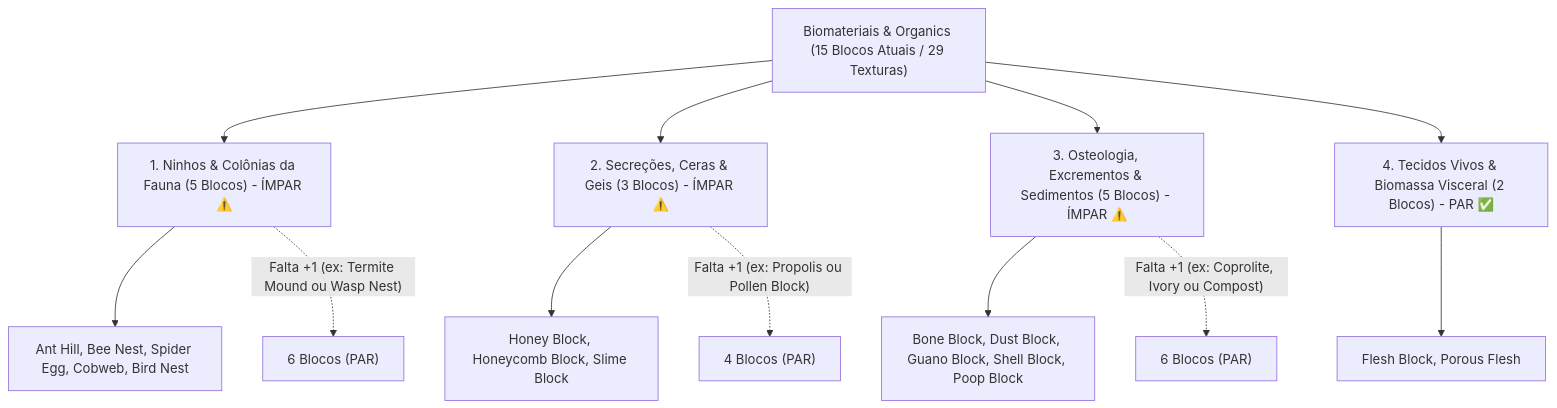
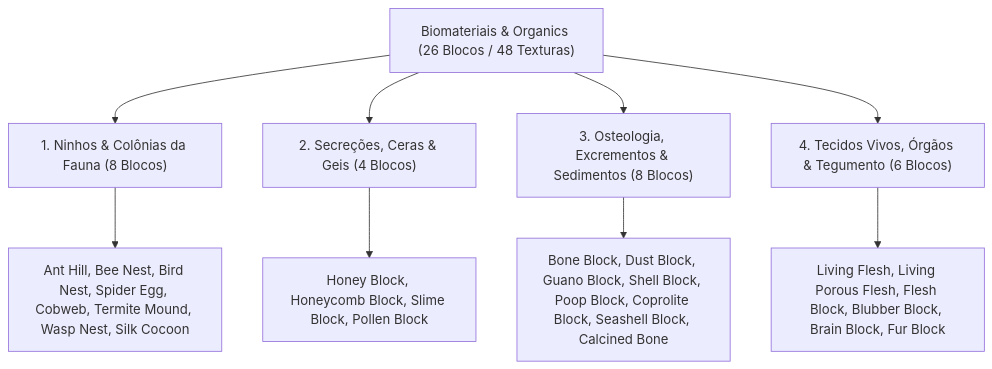
One commit to gabrtzweb/VoxelGameEngine changed the diagram in docs/worldbuilding/organics_design.md. Above: the diagram before and after it, drawn with Mermaid. The commit also changed other lines of this file and 59 other files, not shown here.

````diff
--- a/docs/worldbuilding/organics_design.md
+++ b/docs/worldbuilding/organics_design.md
@@ -12,16 +12,12 @@
 ```mermaid
 graph TD
-    O["Biomateriais & Organics (15 Blocos Atuais / 29 Texturas)"] --> C1["1. Ninhos & Colônias da Fauna (5 Blocos) - ÍMPAR ⚠️"]
-    O --> C2["2. Secreções, Ceras & Geis (3 Blocos) - ÍMPAR ⚠️"]
-    O --> C3["3. Osteologia, Excrementos & Sedimentos (5 Blocos) - ÍMPAR ⚠️"]
-    O --> C4["4. Tecidos Vivos & Biomassa Visceral (2 Blocos) - PAR ✅"]
+    O["Biomateriais & Organics (26 Blocos / 48 Texturas)"] --> C1["1. Ninhos & Colônias da Fauna (8 Blocos)"]
+    O --> C2["2. Secreções, Ceras & Geis (4 Blocos)"]
+    O --> C3["3. Osteologia, Excrementos & Sedimentos (8 Blocos)"]
+    O --> C4["4. Tecidos Vivos, Órgãos & Tegumento (6 Blocos)"]
 
-    C1 --> C1a["Ant Hill, Bee Nest, Spider Egg, Cobweb, Bird Nest"]
-    C2 --> C2a["Honey Block, Honeycomb Block, Slime Block"]
-    C3 --> C3a["Bone Block, Dust Block, Guano Block, Shell Block, Poop Block"]
-    C4 --> C4a["Flesh Block, Porous Flesh"]
-
-    C1 -.->|"Falta +1 (ex: Termite Mound ou Wasp Nest)"| C1_fixed["6 Blocos (PAR)"]
-    C2 -.->|"Falta +1 (ex: Propolis ou Pollen Block)"| C2_fixed["4 Blocos (PAR)"]
-    C3 -.->|"Falta +1 (ex: Coprolite, Ivory ou Compost)"| C3_fixed["6 Blocos (PAR)"]
+    C1 --> C1a["Ant Hill, Bee Nest, Bird Nest, Spider Egg, Cobweb, Termite Mound, Wasp Nest, Silk Cocoon"]
+    C2 --> C2a["Honey Block, Honeycomb Block, Slime Block, Pollen Block"]
+    C3 --> C3a["Bone Block, Dust Block, Guano Block, Shell Block, Poop Block, Coprolite Block, Seashell Block, Calcined Bone"]
+    C4 --> C4a["Living Flesh, Living Porous Flesh, Flesh Block, Blubber Block, Brain Block, Fur Block"]
 ```
````
